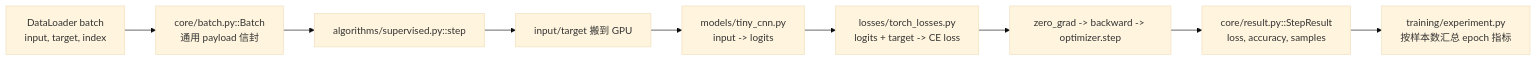
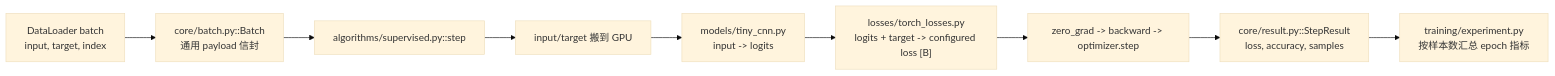
One commit to seanlee-lile/LNL-toolbox changed the second of 7 diagrams in docs/data-flow-guide.md. Above: the diagram before and after it, drawn with Mermaid (base theme). The commit also changed other lines of this file and 40 other files, not shown here.

````diff
--- a/docs/data-flow-guide.md
+++ b/docs/data-flow-guide.md
@@ -88,14 +88,14 @@
 ```mermaid
 flowchart LR
     A["DataLoader batch<br/>input, target, index"]
     B["core/batch.py::Batch<br/>通用 payload 信封"]
     C["algorithms/supervised.py::step"]
     D["input/target 搬到 GPU"]
     E["models/tiny_cnn.py<br/>input -> logits"]
-    F["losses/torch_losses.py<br/>logits + target -> CE loss"]
+    F["losses/torch_losses.py<br/>logits + target -> configured loss [B]"]
     G["zero_grad -> backward -> optimizer.step"]
     H["core/result.py::StepResult<br/>loss, accuracy, samples"]
     I["training/experiment.py<br/>按样本数汇总 epoch 指标"]
 
     A --> B --> C --> D --> E --> F --> G --> H --> I
 ```
````
